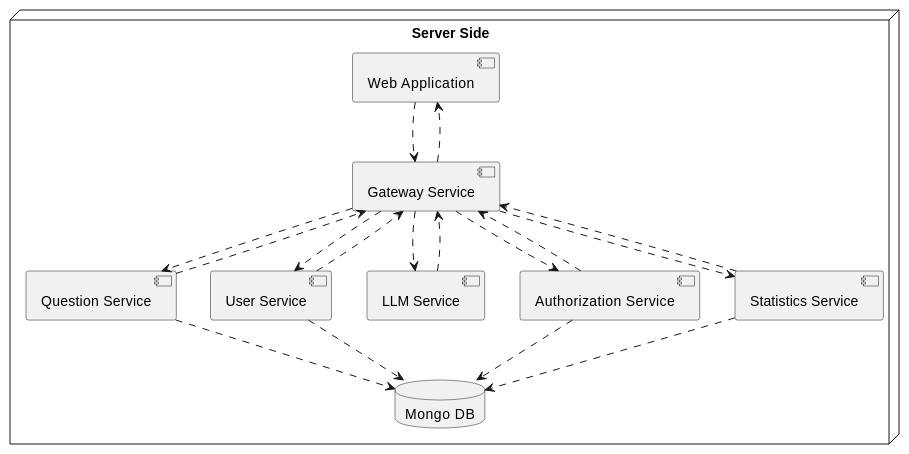
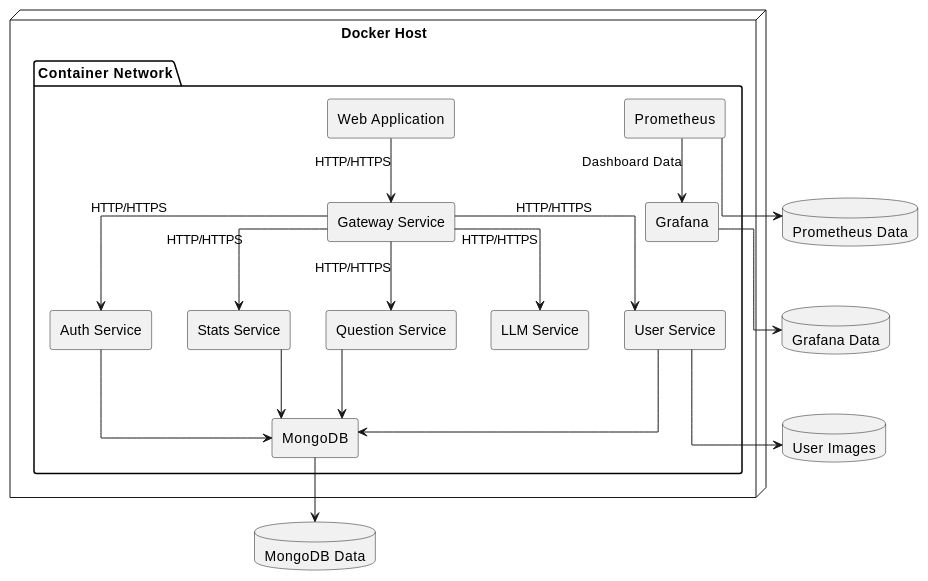
The second of 2 diagrams in docs/src/07_deployment_view.adoc (Arquisoft/wichat_en1b), drawn with PlantUML before and after one commit. The commit also changed other lines of this file and 1 other file, not shown here.

Commit message:
improve deployment documentation

```diff
--- a/docs/src/07_deployment_view.adoc
+++ b/docs/src/07_deployment_view.adoc
@@ -109,36 +130,45 @@
 [plantuml,"Deployment view L2",png]
 ----
-node "Server Side" {
-  component WA as "Web Application"
-  component GS as "Gateway Service"
-  component QS as "Question Service"
-  component US as "User Service"
-  component LLMS as "LLM Service"
-  component AS as "Authorization Service"
-  component SS as "Statistics Service"
-  database MDB as "Mongo DB"
+skinparam linetype ortho
+skinparam componentStyle rectangle
 
-  GS -[dashed]-> WA
-  WA -[dashed]-> GS
+node "Docker Host" as DH {
+  package "Container Network" {
+    [Gateway Service] as GS
+    [Web Application] as WA
+    [User Service] as US
+    [Auth Service] as AS
+    [Question Service] as QS
+    [LLM Service] as LLMS
+    [Stats Service] as SS
+    [MongoDB] as MDB
+    [Prometheus] as PROM
+    [Grafana] as GRAF
+  }
+}
 
-  GS -[dashed]-> US
-  US -[dashed]-> GS
+database "MongoDB Data" as MDB_DATA
+database "User Images" as IMG_DATA
+database "Prometheus Data" as PROM_DATA
+database "Grafana Data" as GRAF_DATA
 
-  GS -[dashed]-> AS
-  AS -[dashed]-> GS
+WA -down-> GS : HTTP/HTTPS
+GS -down-> US : HTTP/HTTPS
+GS -down-> AS : HTTP/HTTPS
+GS -down-> QS : HTTP/HTTPS
+GS -down-> LLMS : HTTP/HTTPS
+GS -down-> SS : HTTP/HTTPS
 
-  GS -[dashed]-> QS
-  QS -[dashed]-> GS
+US -down-> MDB
+AS -down-> MDB
+QS -down-> MDB
+SS -down-> MDB
 
-  GS -[dashed]-> LLMS
-  LLMS -[dashed]-> GS
+PROM -down-> GRAF : Dashboard Data
 
-  GS -[dashed]-> SS
-  SS -[dashed]-> GS
+MDB -down-> MDB_DATA
+US -down-> IMG_DATA
+PROM -down-> PROM_DATA
+GRAF -down-> GRAF_DATA
 
-  US -[dashed]-> MDB
-  AS -[dashed]-> MDB
-  SS -[dashed]-> MDB
-  QS -[dashed]-> MDB
-}
 ----
```
